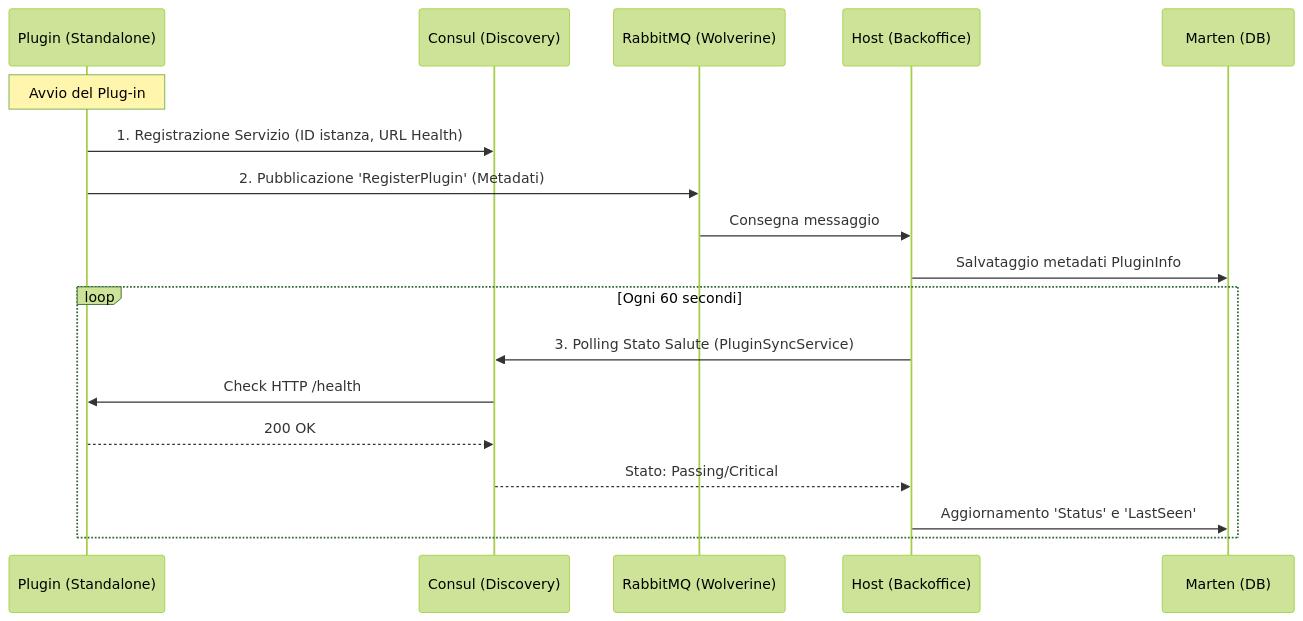
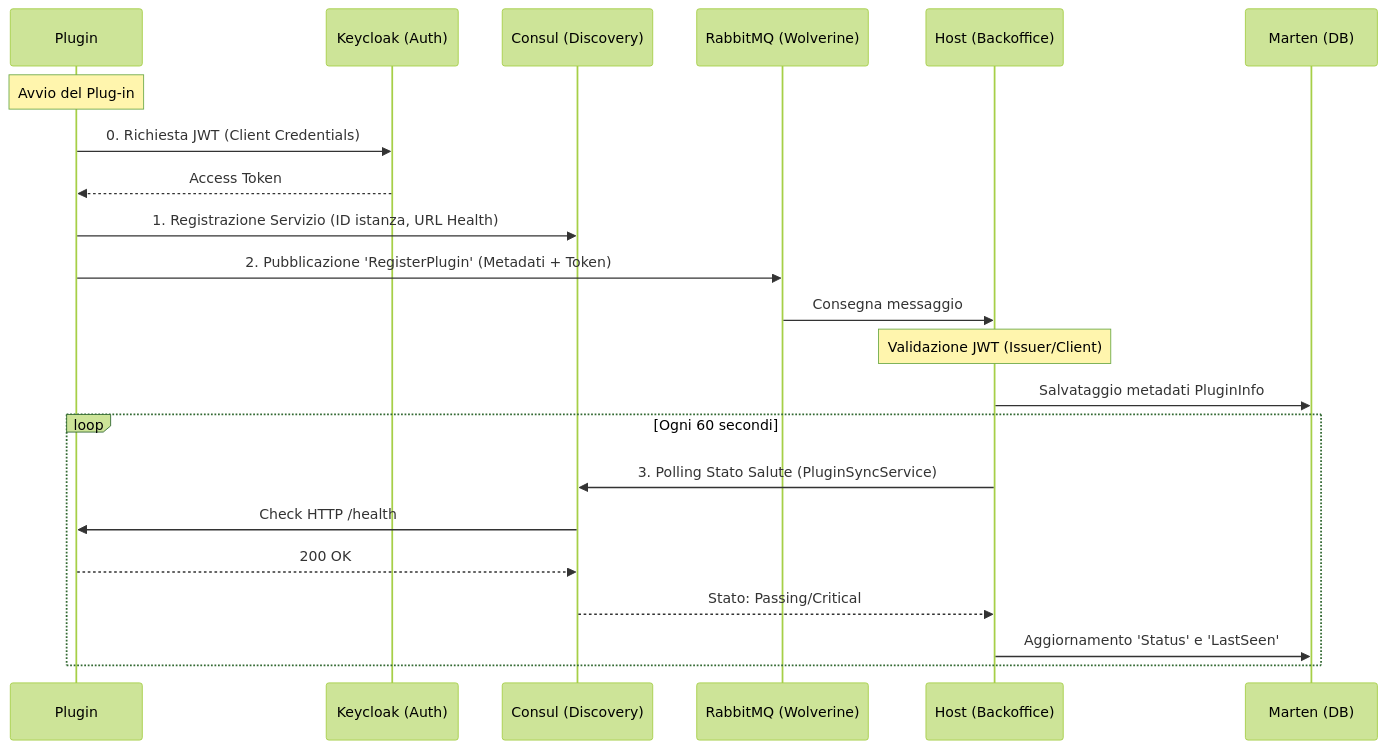
Before and after one commit to nostromo117/Pollon: the diagram in docs/PluginSystem.md, drawn with Mermaid (forest theme). The commit also changed other lines of this file and 13 other files, not shown here.

````diff
--- a/docs/PluginSystem.md
+++ b/docs/PluginSystem.md
@@ -12,22 +13,26 @@
 ```mermaid
 sequenceDiagram
-    participant P as Plugin (Standalone)
+    participant P as Plugin
+    participant K as Keycloak (Auth)
     participant C as Consul (Discovery)
     participant R as RabbitMQ (Wolverine)
     participant H as Host (Backoffice)
     participant D as Marten (DB)
 
     Note over P: Avvio del Plug-in
+    P->>K: 0. Richiesta JWT (Client Credentials)
+    K-->>P: Access Token
     P->>C: 1. Registrazione Servizio (ID istanza, URL Health)
-    P->>R: 2. Pubblicazione 'RegisterPlugin' (Metadati)
+    P->>R: 2. Pubblicazione 'RegisterPlugin' (Metadati + Token)
     R->>H: Consegna messaggio
+    Note over H: Validazione JWT (Issuer/Client)
     H->>D: Salvataggio metadati PluginInfo
     
     loop Ogni 60 secondi
         H->>C: 3. Polling Stato Salute (PluginSyncService)
         C->>P: Check HTTP /health
         P-->>C: 200 OK
         C-->>H: Stato: Passing/Critical
         H->>D: Aggiornamento 'Status' e 'LastSeen'
     end
 ```
````
